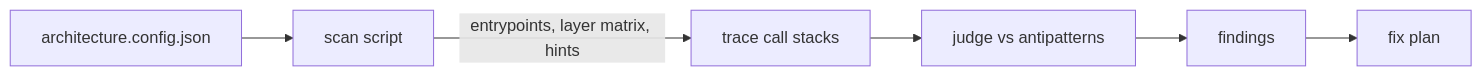
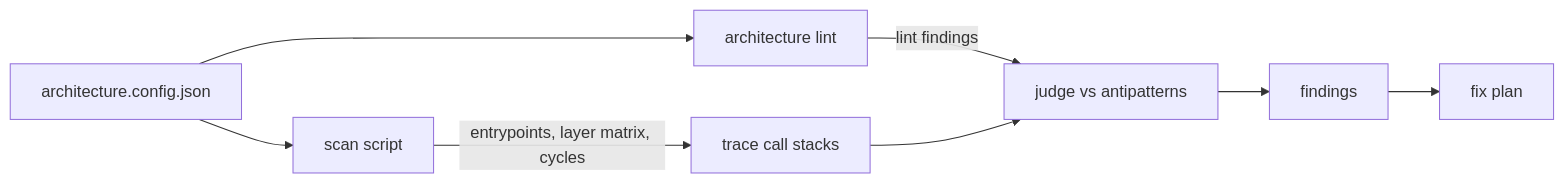
One commit to SubstrateCo/substrate changed the diagram in .opencode/skills/codebase-architecture/SKILL.md. Above: the diagram before and after it, drawn with Mermaid. The commit also changed other lines of this file and 4 other files, not shown here.

First line of the commit message:
chore(skills): pare codebase-architecture scanner down to inventory

````diff
--- a/.opencode/skills/codebase-architecture/SKILL.md
+++ b/.opencode/skills/codebase-architecture/SKILL.md
@@ -20,8 +22,10 @@
 ```mermaid
 flowchart LR
   C[architecture.config.json] --> S[scan script]
-  S -->|entrypoints, layer matrix, hints| T[trace call stacks]
+  C --> L[architecture lint]
+  S -->|entrypoints, layer matrix, cycles| T[trace call stacks]
+  L -->|lint findings| J
   T --> J[judge vs antipatterns]
   J --> F[findings]
   F --> P[fix plan]
 ```
````
